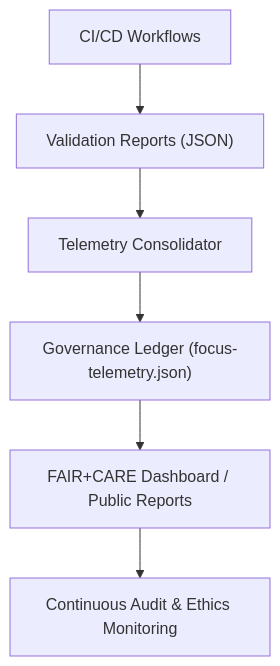
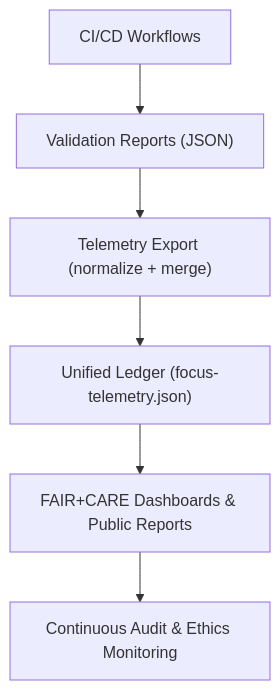
The first of 2 diagrams in docs/telemetry/README.md (bartytime4life/Kansas-Frontier-Matrix), drawn with Mermaid before and after one commit. The commit also changed other lines of this file, not shown here.

````diff
--- a/docs/telemetry/README.md
+++ b/docs/telemetry/README.md
@@ -69,8 +77,8 @@
 ```mermaid
 flowchart TD
-A["CI/CD Workflows"] --> B["Validation Reports (JSON)"]
-B --> C["Telemetry Consolidator"]
-C --> D["Governance Ledger (focus-telemetry.json)"]
-D --> E["FAIR+CARE Dashboard / Public Reports"]
-E --> F["Continuous Audit & Ethics Monitoring"]
+  A["CI/CD Workflows"] --> B["Validation Reports (JSON)"]
+  B --> C["Telemetry Export (normalize + merge)"]
+  C --> D["Unified Ledger (focus-telemetry.json)"]
+  D --> E["FAIR+CARE Dashboards & Public Reports"]
+  E --> F["Continuous Audit & Ethics Monitoring"]
 ```
````
